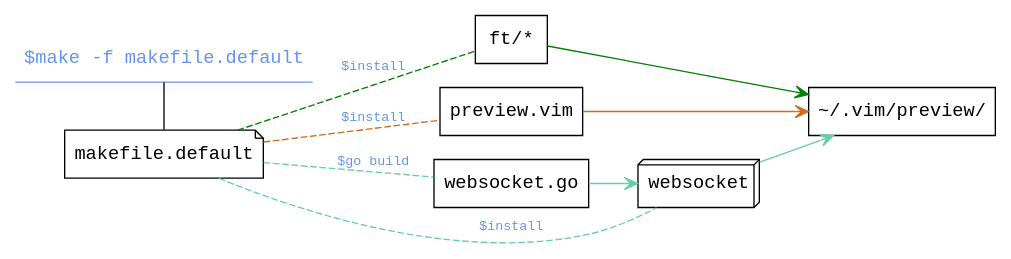
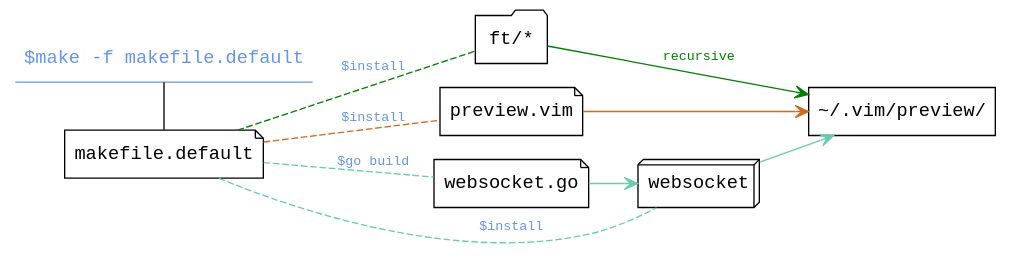
The diagram in README/make.dot (riku-ri/preview.nvim), drawn with Graphviz before and after one commit. The commit also changed 12 other files, not shown here.

```diff
--- a/README/make.dot
+++ b/README/make.dot
@@ -1,30 +1,30 @@
 digraph g
 {
 	rankdir=LR;
-	node[shape="box", fontname="monospace"]
+	node [shape="box", fontname="Source Code Pro,monospace"]
 	edge[arrowhead=vee, arrowtail=vee, fontname="monospace", fontsize=10, dir=none]
 
 	make[label="$make -f makefile.default", shape=underline, fontcolor=cornflowerblue, color=cornflowerblue]
 	makefile[label="makefile.default", shape="note"]
-	"ft/*"
-	"preview.vim"
-	"websocket.go"
+	"ft/*" [shape=folder]
+	"preview.vim" [shape=note]
+	"websocket.go" [shape=note]
 	"websocket" [shape=box3d]
 	root[label="~/.vim/preview/"]
 
 	make -> makefile
 
 	makefile       -> "websocket.go" [label="$go build", fontcolor=cornflowerblue, style=dashed, color=aquamarine3]
 	"websocket.go" -> websocket      [label="", color=aquamarine3, dir=forward]
 	makefile       -> websocket      [label="$install", color=aquamarine3, fontcolor=cornflowerblue, style=dashed]
 	websocket      -> root           [label="", color=aquamarine3, dir=forward]
 
 	makefile      -> "preview.vim" [label="$install", fontcolor=cornflowerblue, style=dashed, color=chocolate]
 	"preview.vim" -> root          [color=chocolate, dir=forward]
 
 	makefile      -> "ft/*" [label="$install", fontcolor=cornflowerblue, style=dashed, color=webgreen]
-	"ft/*"        -> root   [label=""color=webgreen, dir=forward]
+	"ft/*"        -> root   [label="recursive" fontcolor=webgreen color=webgreen, dir=forward]
 
 	{rank=same;"preview.vim";"websocket.go";"ft/*";}
 	{rank=same;make;makefile}
 }
```
